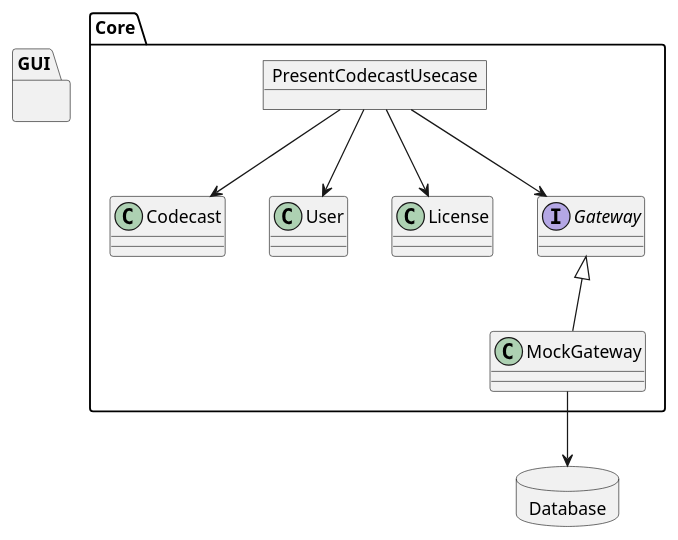
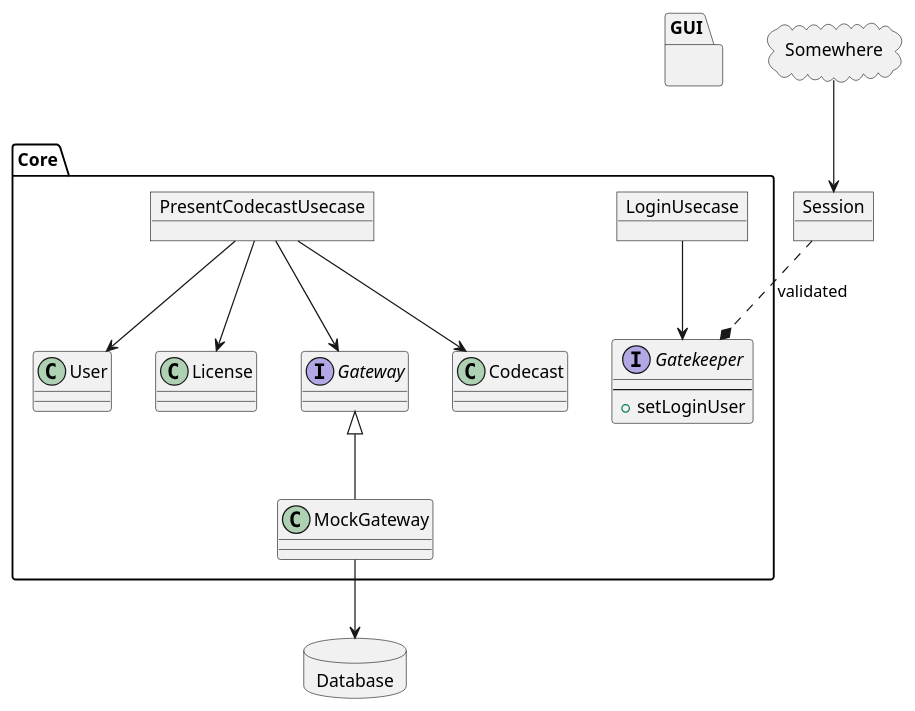
One commit to sundaycrafts/study-cleancoders-java-case-study changed the diagram in schema.puml. Above: the diagram before and after it, drawn with PlantUML. The commit also changed 1 other file, not shown here.

Commit message:
chore: find additional usecase named loginUsecase

```diff
--- a/schema.puml
+++ b/schema.puml
@@ -1,23 +1,34 @@
 @startuml
 allow_mixing
 database Database
 
 package Core {
   object PresentCodecastUsecase
   class Codecast
   class User
   class License
   interface Gateway
   class MockGateway
+  object LoginUsecase
+  interface Gatekeeper {
+    ---
+    + setLoginUser
+  }
 }
 
 PresentCodecastUsecase --> Codecast
 PresentCodecastUsecase --> User
 PresentCodecastUsecase --> License
 PresentCodecastUsecase --> Gateway
 Gateway <|-- MockGateway
 MockGateway --> Database
+LoginUsecase --> Gatekeeper
 
 package GUI {
 }
+
+object Session
+cloud Somewhere
+Somewhere --> Session
+Session ..* Gatekeeper : validated
 @enduml
```
